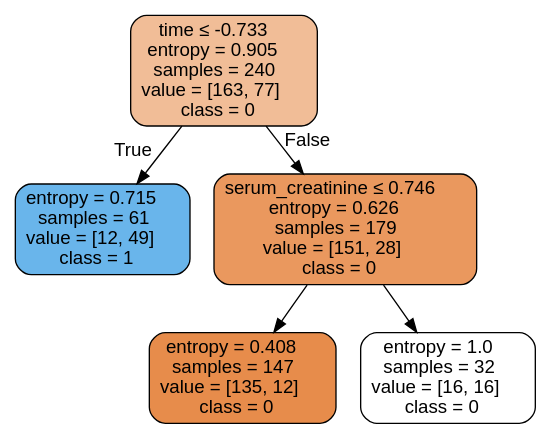
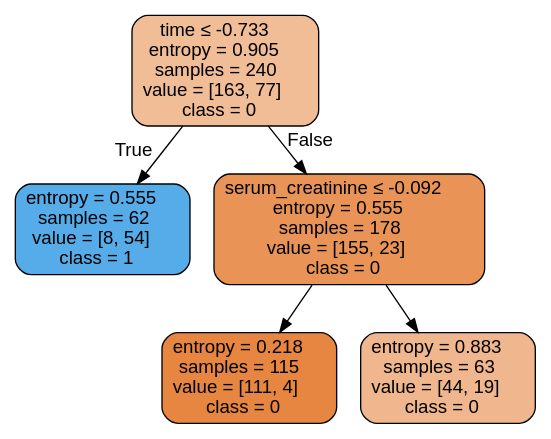
Before and after one commit to isabelSoares/CD-2021: the diagram in Labs/Results/DecisionTrees/Original/HFCR - Original - dtree.dot, drawn with Graphviz. The commit also changed 125 other files, not shown here.

```diff
--- a/Labs/Results/DecisionTrees/Original/HFCR - Original - dtree.dot
+++ b/Labs/Results/DecisionTrees/Original/HFCR - Original - dtree.dot
@@ -1,13 +1,13 @@
 digraph Tree {
 node [shape=box, style="filled, rounded", color="black", fontname=helvetica] ;
 edge [fontname=helvetica] ;
 0 [label=<time &le; -0.733<br/>entropy = 0.905<br/>samples = 240<br/>value = [163, 77]<br/>class = 0>, fillcolor="#f1bd97"] ;
-1 [label=<entropy = 0.715<br/>samples = 61<br/>value = [12, 49]<br/>class = 1>, fillcolor="#69b5eb"] ;
+1 [label=<entropy = 0.555<br/>samples = 62<br/>value = [8, 54]<br/>class = 1>, fillcolor="#56ace9"] ;
 0 -> 1 [labeldistance=2.5, labelangle=45, headlabel="True"] ;
-2 [label=<serum_creatinine &le; 0.746<br/>entropy = 0.626<br/>samples = 179<br/>value = [151, 28]<br/>class = 0>, fillcolor="#ea985e"] ;
+2 [label=<serum_creatinine &le; -0.092<br/>entropy = 0.555<br/>samples = 178<br/>value = [155, 23]<br/>class = 0>, fillcolor="#e99456"] ;
 0 -> 2 [labeldistance=2.5, labelangle=-45, headlabel="False"] ;
-3 [label=<entropy = 0.408<br/>samples = 147<br/>value = [135, 12]<br/>class = 0>, fillcolor="#e78c4b"] ;
+3 [label=<entropy = 0.218<br/>samples = 115<br/>value = [111, 4]<br/>class = 0>, fillcolor="#e68640"] ;
 2 -> 3 ;
-4 [label=<entropy = 1.0<br/>samples = 32<br/>value = [16, 16]<br/>class = 0>, fillcolor="#ffffff"] ;
+4 [label=<entropy = 0.883<br/>samples = 63<br/>value = [44, 19]<br/>class = 0>, fillcolor="#f0b78e"] ;
 2 -> 4 ;
 }
```
